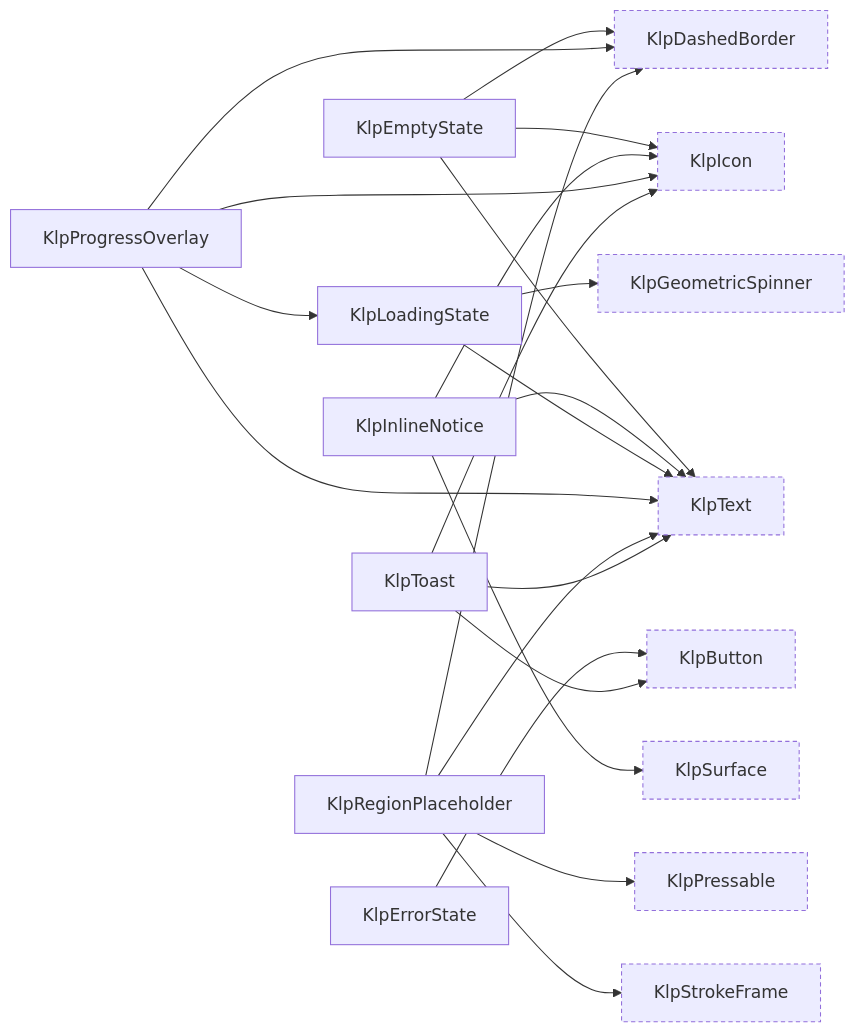
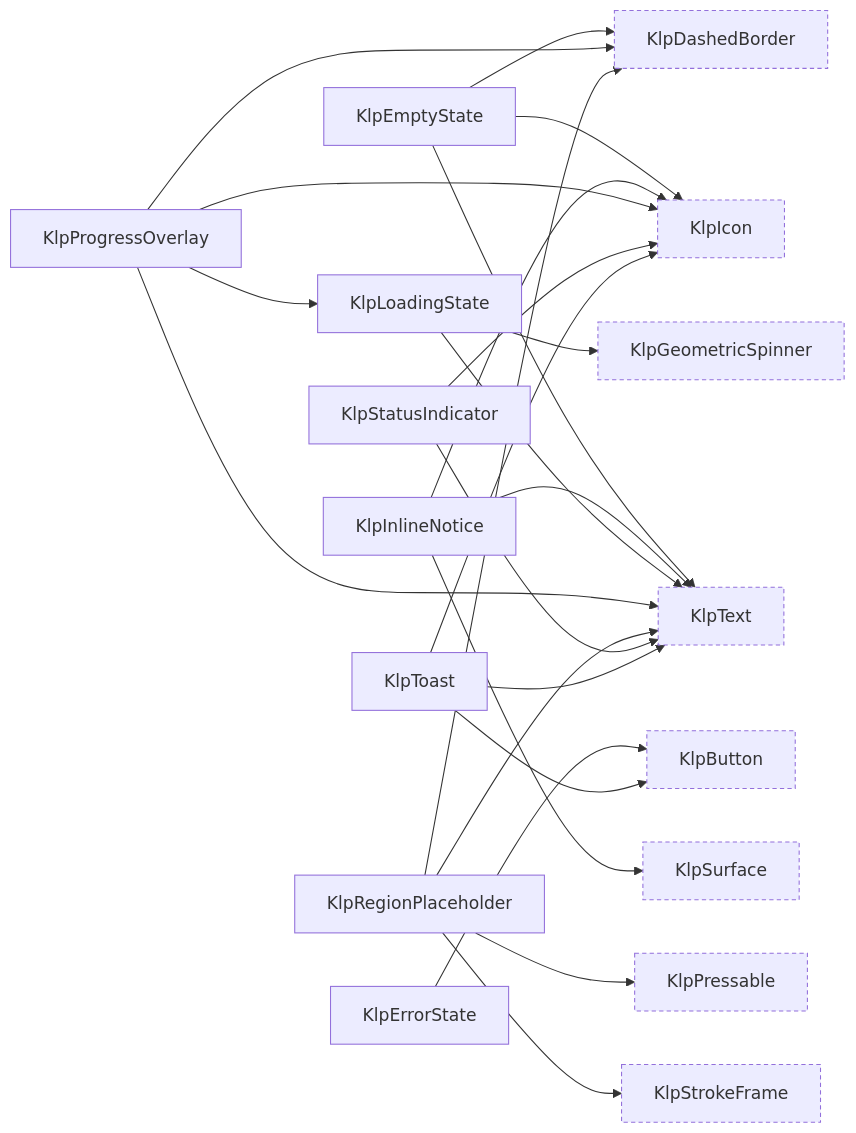
Diagram 11 of 16 in spec/component-inventory.md (MiuDog/Kallopis), drawn with Mermaid before and after one commit. The commit also changed other lines of this file and 12 other files, not shown here.

````diff
--- a/spec/component-inventory.md
+++ b/spec/component-inventory.md
@@ -794,39 +765,42 @@
 ```mermaid
 graph LR
   KlpButton["KlpButton"]:::external
   KlpDashedBorder["KlpDashedBorder"]:::external
   KlpEmptyState["KlpEmptyState"]
   KlpErrorState["KlpErrorState"]
   KlpGeometricSpinner["KlpGeometricSpinner"]:::external
   KlpIcon["KlpIcon"]:::external
   KlpInlineNotice["KlpInlineNotice"]
   KlpLoadingState["KlpLoadingState"]
   KlpPressable["KlpPressable"]:::external
   KlpProgressOverlay["KlpProgressOverlay"]
   KlpRegionPlaceholder["KlpRegionPlaceholder"]
+  KlpStatusIndicator["KlpStatusIndicator"]
   KlpStrokeFrame["KlpStrokeFrame"]:::external
   KlpSurface["KlpSurface"]:::external
   KlpText["KlpText"]:::external
   KlpToast["KlpToast"]
   KlpEmptyState --> KlpDashedBorder
   KlpEmptyState --> KlpIcon
   KlpEmptyState --> KlpText
   KlpErrorState --> KlpButton
   KlpInlineNotice --> KlpIcon
   KlpInlineNotice --> KlpSurface
   KlpInlineNotice --> KlpText
   KlpLoadingState --> KlpGeometricSpinner
   KlpLoadingState --> KlpText
   KlpProgressOverlay --> KlpDashedBorder
   KlpProgressOverlay --> KlpIcon
   KlpProgressOverlay --> KlpLoadingState
   KlpProgressOverlay --> KlpText
   KlpRegionPlaceholder --> KlpDashedBorder
   KlpRegionPlaceholder --> KlpPressable
   KlpRegionPlaceholder --> KlpStrokeFrame
   KlpRegionPlaceholder --> KlpText
+  KlpStatusIndicator --> KlpIcon
+  KlpStatusIndicator --> KlpText
   KlpToast --> KlpButton
   KlpToast --> KlpIcon
   KlpToast --> KlpText
   classDef external stroke-dasharray: 4 3;
 ```
````
